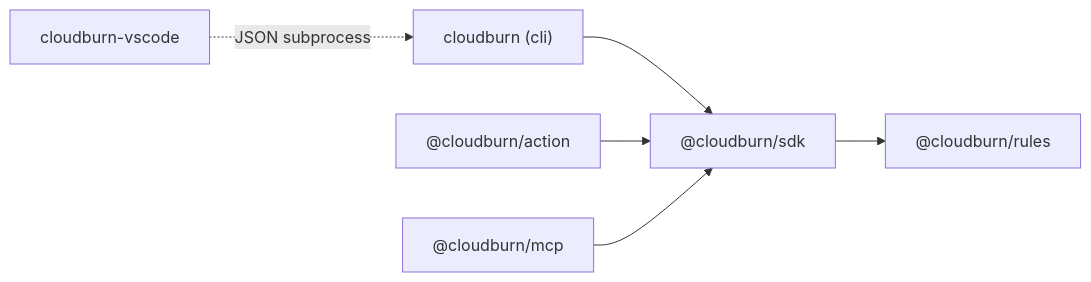
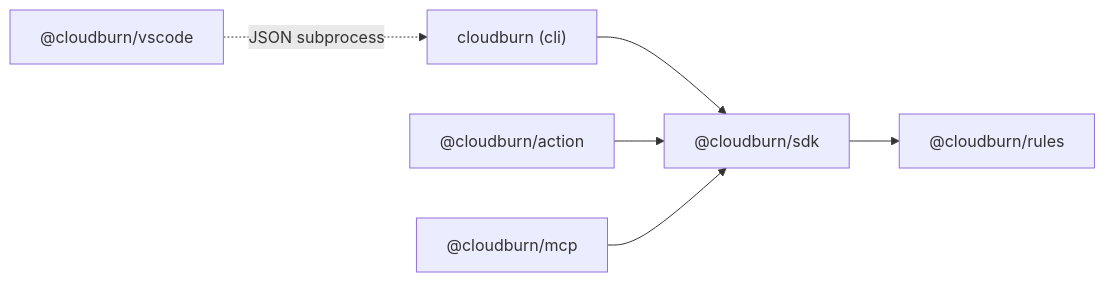
Before and after one commit to towardsthecloud/cloudburn: the first of 3 diagrams in docs/ARCHITECTURE.md, drawn with Mermaid. The commit also changed other lines of this file and 16 other files, not shown here.

````diff
--- a/docs/ARCHITECTURE.md
+++ b/docs/ARCHITECTURE.md
@@ -7,8 +7,8 @@
 ```mermaid
 graph LR
   CLI["cloudburn (cli)"] --> SDK["@cloudburn/sdk"]
-  VSCode["cloudburn-vscode"] -. JSON subprocess .-> CLI
+  VSCode["@cloudburn/vscode"] -. JSON subprocess .-> CLI
   Action["@cloudburn/action"] --> SDK
   MCP["@cloudburn/mcp"] --> SDK
   SDK --> Rules["@cloudburn/rules"]
 ```
````
